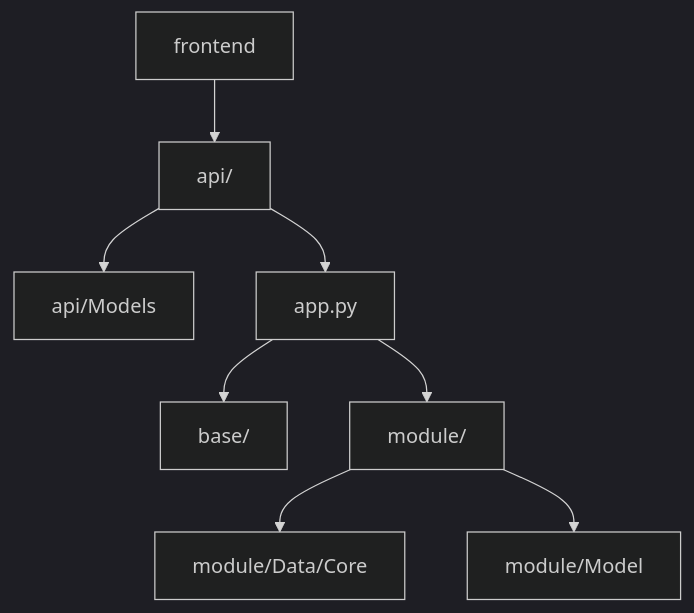
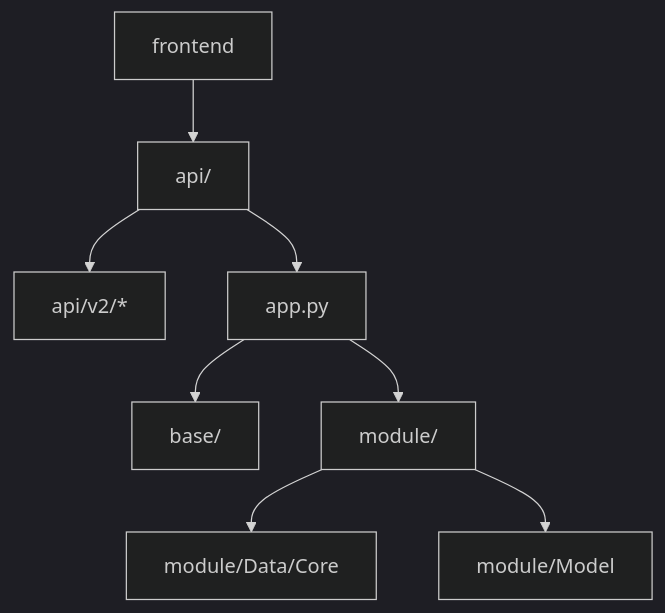
Before and after one commit to neavo/LinguaGacha: the first of 3 diagrams in docs/ARCHITECTURE.md, drawn with Mermaid (dark theme). The commit also changed other lines of this file and 335 other files, not shown here.

````diff
--- a/docs/ARCHITECTURE.md
+++ b/docs/ARCHITECTURE.md
@@ -7,10 +7,10 @@
 ```mermaid
 flowchart TD
     A["frontend"] --> B["api/"]
-    B --> C["api/Models"]
+    B --> C["api/v2/*"]
     B --> D["app.py"]
     D --> E["base/"]
     D --> F["module/"]
     F --> G["module/Data/Core"]
     F --> H["module/Model"]
 ```
````
